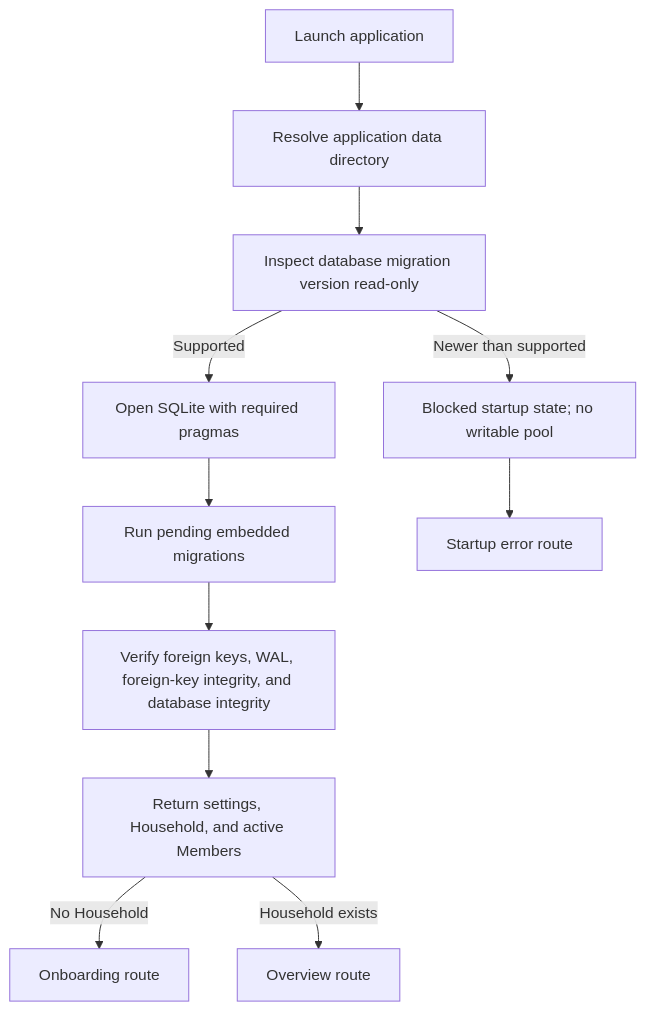
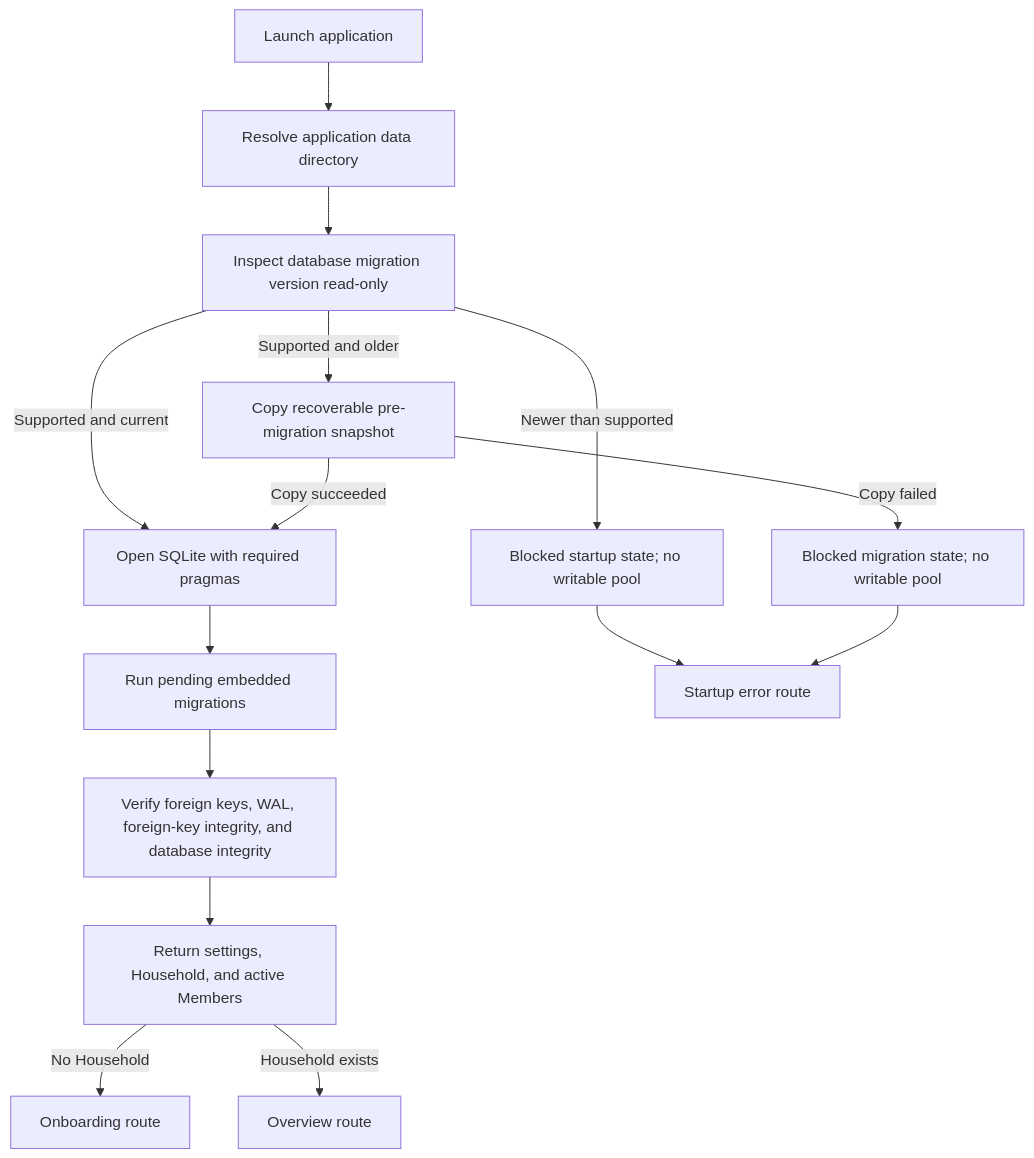
One commit to MnemosyneLab/Nestworth changed the second of 2 diagrams in docs/architecture/system-overview.md. Above: the diagram before and after it, drawn with Mermaid. The commit also changed other lines of this file and 15 other files, not shown here.

First line of the commit message:
feat: add pre-migration snapshots and release-readiness audits

````diff
--- a/docs/architecture/system-overview.md
+++ b/docs/architecture/system-overview.md
@@ -62,13 +62,17 @@
 ```mermaid
 flowchart TD
     Launch["Launch application"] --> Resolve["Resolve application data directory"]
     Resolve --> Inspect["Inspect database migration version read-only"]
     Inspect -->|"Newer than supported"| Blocked["Blocked startup state; no writable pool"]
-    Inspect -->|"Supported"| Open["Open SQLite with required pragmas"]
+    Inspect -->|"Supported and current"| Open["Open SQLite with required pragmas"]
+    Inspect -->|"Supported and older"| Snapshot["Copy recoverable pre-migration snapshot"]
+    Snapshot -->|"Copy failed"| Failed["Blocked migration state; no writable pool"]
+    Snapshot -->|"Copy succeeded"| Open
     Open --> Migrate["Run pending embedded migrations"]
     Migrate --> Verify["Verify foreign keys, WAL, foreign-key integrity, and database integrity"]
     Verify --> Bootstrap["Return settings, Household, and active Members"]
     Bootstrap -->|"No Household"| Onboarding["Onboarding route"]
     Bootstrap -->|"Household exists"| Overview["Overview route"]
     Blocked --> ErrorPage["Startup error route"]
+    Failed --> ErrorPage
 ```
````
